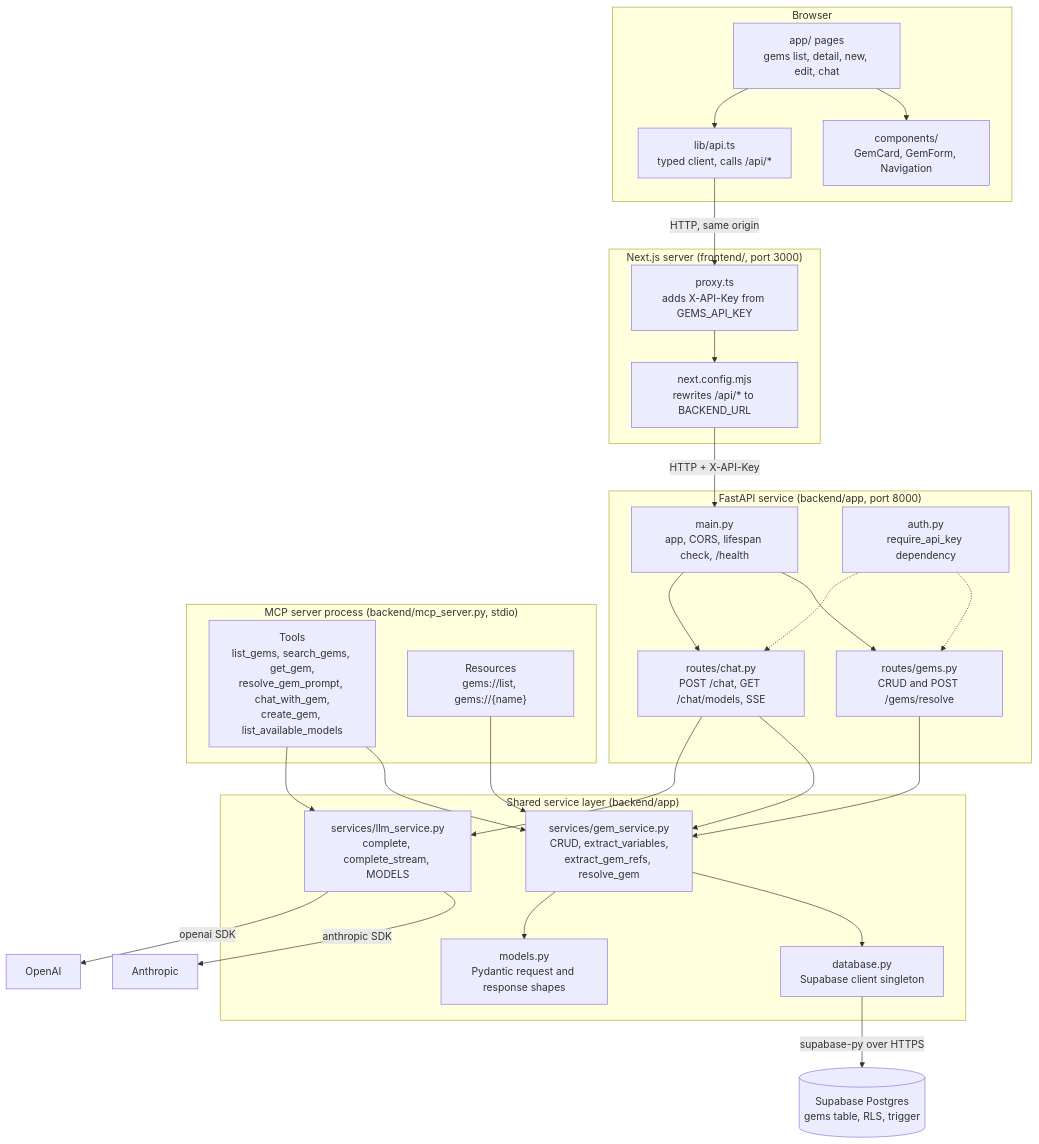
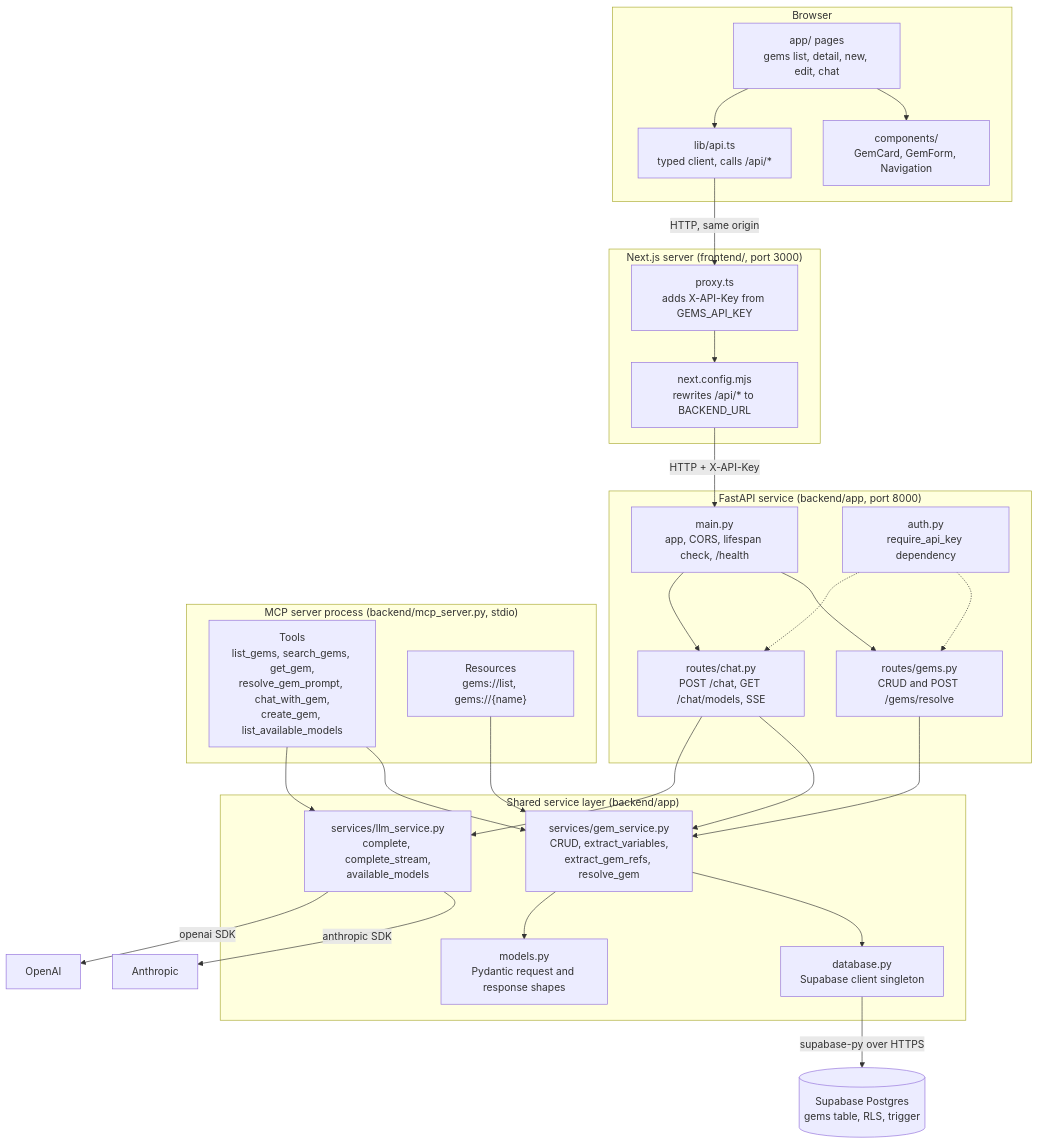
Before and after one commit to poyfather/gemsAPI: the second of 9 diagrams in ARCHITECTURE.md, drawn with Mermaid. The commit also changed other lines of this file and 17 other files, not shown here.

````diff
--- a/ARCHITECTURE.md
+++ b/ARCHITECTURE.md
@@ -53,57 +53,57 @@
 ```mermaid
 flowchart TB
     subgraph browser["Browser"]
         PAGES["app/ pages<br/>gems list, detail, new, edit, chat"]
         COMPS["components/<br/>GemCard, GemForm, Navigation"]
         APITS["lib/api.ts<br/>typed client, calls /api/*"]
         PAGES --> COMPS
         PAGES --> APITS
     end
 
     subgraph nextsrv["Next.js server (frontend/, port 3000)"]
         MW["proxy.ts<br/>adds X-API-Key from GEMS_API_KEY"]
         RW["next.config.mjs<br/>rewrites /api/* to BACKEND_URL"]
         MW --> RW
     end
 
     subgraph fastapi["FastAPI service (backend/app, port 8000)"]
         MAIN["main.py<br/>app, CORS, lifespan check, /health"]
         AUTH["auth.py<br/>require_api_key dependency"]
         RG["routes/gems.py<br/>CRUD and POST /gems/resolve"]
         RC["routes/chat.py<br/>POST /chat, GET /chat/models, SSE"]
         MAIN --> RG
         MAIN --> RC
         AUTH -.-> RG
         AUTH -.-> RC
     end
 
     subgraph mcpproc["MCP server process (backend/mcp_server.py, stdio)"]
         TOOLS["Tools<br/>list_gems, search_gems, get_gem,<br/>resolve_gem_prompt, chat_with_gem,<br/>create_gem, list_available_models"]
         RSRC["Resources<br/>gems://list, gems://{name}"]
     end
 
     subgraph services["Shared service layer (backend/app)"]
         GS["services/gem_service.py<br/>CRUD, extract_variables,<br/>extract_gem_refs, resolve_gem"]
-        LS["services/llm_service.py<br/>complete, complete_stream, MODELS"]
+        LS["services/llm_service.py<br/>complete, complete_stream,<br/>available_models"]
         MODELS["models.py<br/>Pydantic request and response shapes"]
         DBPY["database.py<br/>Supabase client singleton"]
         GS --> DBPY
         GS --> MODELS
     end
 
     SUPA[("Supabase Postgres<br/>gems table, RLS, trigger")]
     ANT["Anthropic"]
     OAI["OpenAI"]
 
     APITS -- "HTTP, same origin" --> MW
     RW -- "HTTP + X-API-Key" --> MAIN
     RG --> GS
     RC --> GS
     RC --> LS
     TOOLS --> GS
     TOOLS --> LS
     RSRC --> GS
     DBPY -- "supabase-py over HTTPS" --> SUPA
     LS -- "anthropic SDK" --> ANT
     LS -- "openai SDK" --> OAI
 ```
````
